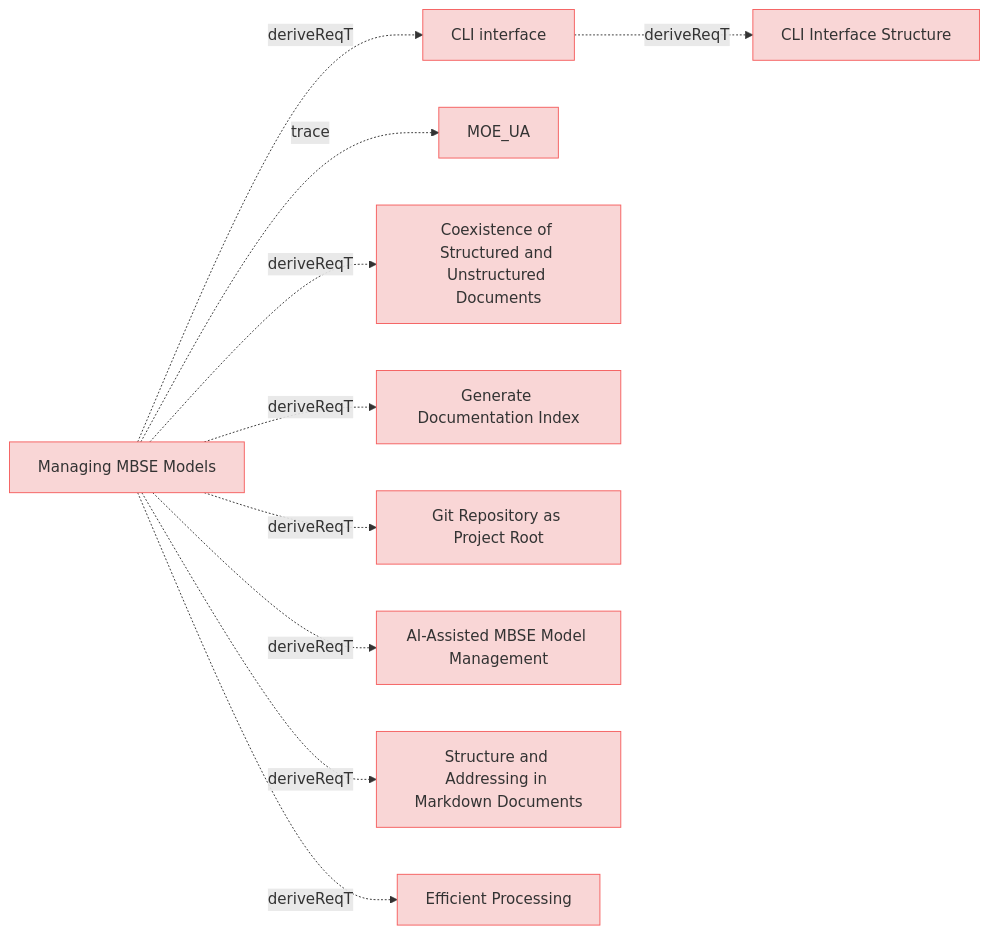
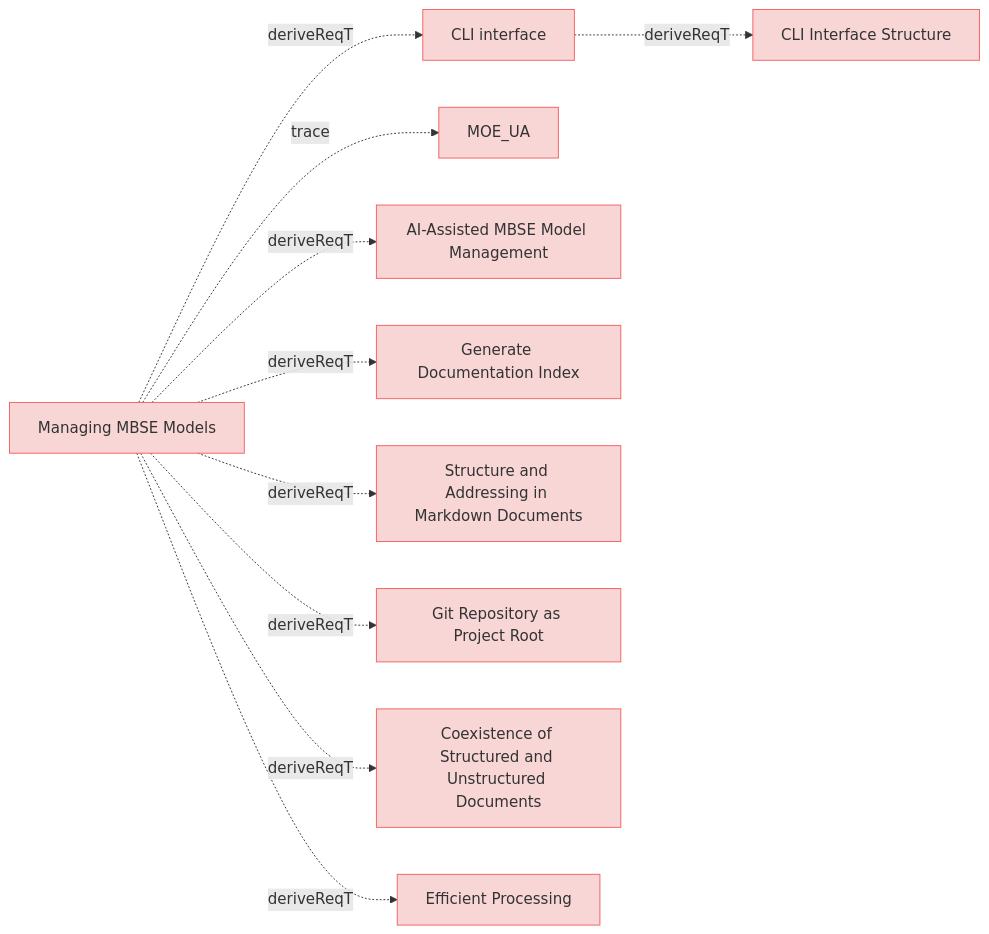
Before and after one commit to reqvire-org/reqvire: the ninth of 9 diagrams in specifications/UserRequirements.md, drawn with Mermaid. The commit also changed other lines of this file and 34 other files, not shown here.

````diff
--- a/specifications/UserRequirements.md
+++ b/specifications/UserRequirements.md
@@ -1039,49 +1039,49 @@
 ```mermaid
 graph LR;
   %% REQVIRE-AUTOGENERATED-DIAGRAM
   %% Graph styling
   classDef requirement fill:#f9d6d6,stroke:#f55f5f,stroke-width:1px;
   classDef verification fill:#d6f9d6,stroke:#5fd75f,stroke-width:1px;
   classDef externalLink fill:#d0e0ff,stroke:#3080ff,stroke-width:1px;
   classDef default fill:#f5f5f5,stroke:#333333,stroke-width:1px;
 
   f28849d46c19af44["CLI interface"];
   class f28849d46c19af44 requirement;
   click f28849d46c19af44 "UserRequirements.md#cli-interface";
   8f22faacdb454b23["CLI Interface Structure"];
   class 8f22faacdb454b23 requirement;
   click 8f22faacdb454b23 "SystemRequirements/Requirements.md#cli-interface-structure";
   f28849d46c19af44 -.->|deriveReqT| 8f22faacdb454b23;
   e61b7c1baa89bfc6["Managing MBSE Models"];
   class e61b7c1baa89bfc6 requirement;
   click e61b7c1baa89bfc6 "UserStories.md#managing-mbse-models";
   2c5f30f14e792200["MOE_UA"];
   class 2c5f30f14e792200 requirement;
   click 2c5f30f14e792200 "MOEs.md#moe_ua";
   e61b7c1baa89bfc6 -.->|trace| 2c5f30f14e792200;
+  cd2d5dab49985ca2["AI-Assisted MBSE Model Management"];
+  class cd2d5dab49985ca2 requirement;
+  click cd2d5dab49985ca2 "UserStories.md#ai-assisted-mbse-model-management";
+  e61b7c1baa89bfc6 -.->|deriveReqT| cd2d5dab49985ca2;
+  c2b6c74b77726ad9["Generate Documentation Index"];
+  class c2b6c74b77726ad9 requirement;
+  click c2b6c74b77726ad9 "UserRequirements.md#generate-documentation-index";
+  e61b7c1baa89bfc6 -.->|deriveReqT| c2b6c74b77726ad9;
+  e61b7c1baa89bfc6 -.->|deriveReqT| f28849d46c19af44;
+  ade67c27bc5d3bbd["Structure and Addressing in Markdown Documents"];
+  class ade67c27bc5d3bbd requirement;
+  click ade67c27bc5d3bbd "SpecificationsRequirements.md#structure-and-addressing-in-markdown-documents";
+  e61b7c1baa89bfc6 -.->|deriveReqT| ade67c27bc5d3bbd;
+  649d72765b13e14f["Git Repository as Project Root"];
+  class 649d72765b13e14f requirement;
+  click 649d72765b13e14f "ManagingMbseModelsRequirements.md#git-repository-as-project-root";
+  e61b7c1baa89bfc6 -.->|deriveReqT| 649d72765b13e14f;
   f0d721424636370e["Coexistence of Structured and Unstructured Documents"];
   class f0d721424636370e requirement;
   click f0d721424636370e "ManagingMbseModelsRequirements.md#coexistence-of-structured-and-unstructured-documents";
   e61b7c1baa89bfc6 -.->|deriveReqT| f0d721424636370e;
-  c2b6c74b77726ad9["Generate Documentation Index"];
-  class c2b6c74b77726ad9 requirement;
-  click c2b6c74b77726ad9 "UserRequirements.md#generate-documentation-index";
-  e61b7c1baa89bfc6 -.->|deriveReqT| c2b6c74b77726ad9;
-  649d72765b13e14f["Git Repository as Project Root"];
-  class 649d72765b13e14f requirement;
-  click 649d72765b13e14f "ManagingMbseModelsRequirements.md#git-repository-as-project-root";
-  e61b7c1baa89bfc6 -.->|deriveReqT| 649d72765b13e14f;
-  cd2d5dab49985ca2["AI-Assisted MBSE Model Management"];
-  class cd2d5dab49985ca2 requirement;
-  click cd2d5dab49985ca2 "UserStories.md#ai-assisted-mbse-model-management";
-  e61b7c1baa89bfc6 -.->|deriveReqT| cd2d5dab49985ca2;
-  ade67c27bc5d3bbd["Structure and Addressing in Markdown Documents"];
-  class ade67c27bc5d3bbd requirement;
-  click ade67c27bc5d3bbd "SpecificationsRequirements.md#structure-and-addressing-in-markdown-documents";
-  e61b7c1baa89bfc6 -.->|deriveReqT| ade67c27bc5d3bbd;
   d193d11c43776bec["Efficient Processing"];
   class d193d11c43776bec requirement;
   click d193d11c43776bec "ManagingMbseModelsRequirements.md#efficient-processing";
   e61b7c1baa89bfc6 -.->|deriveReqT| d193d11c43776bec;
-  e61b7c1baa89bfc6 -.->|deriveReqT| f28849d46c19af44;
 ```
````
